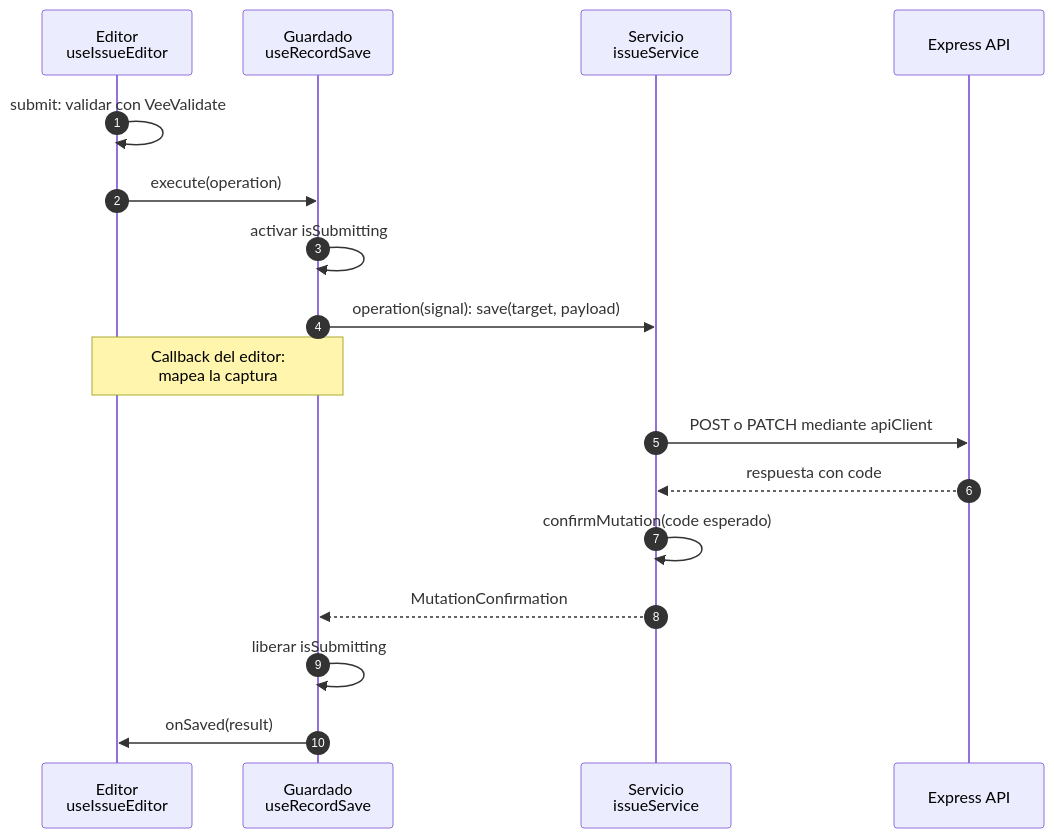
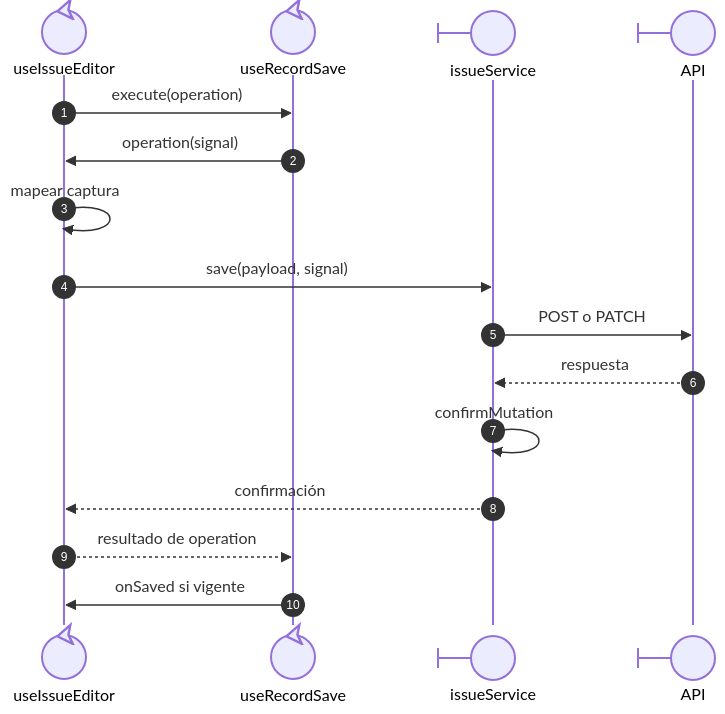
Before and after one commit to gpgsistemas01/nexus: the second of 3 diagrams in front/docs/architecture/views/development/design-and-construction-patterns/08-document-responsibilities.md, drawn with Mermaid. The commit also changed other lines of this file and 227 other files, not shown here.

````diff
--- a/front/docs/architecture/views/development/design-and-construction-patterns/08-document-responsibilities.md
+++ b/front/docs/architecture/views/development/design-and-construction-patterns/08-document-responsibilities.md
@@ -127,19 +100,18 @@
 ```mermaid
 sequenceDiagram
     autonumber
-    participant E as Editor<br/>useIssueEditor
-    participant G as Guardado<br/>useRecordSave
-    participant S as Servicio<br/>issueService
-    participant A as Express API
-    E->>E: submit: validar con VeeValidate
+    participant E@{ "type": "control" } as useIssueEditor
+    participant G@{ "type": "control" } as useRecordSave
+    participant S@{ "type": "boundary" } as issueService
+    participant A@{ "type": "boundary" } as API
     E->>G: execute(operation)
-    G->>G: activar isSubmitting
-    G->>S: operation(signal): save(target, payload)
-    Note over E,G: Callback del editor:<br/>mapea la captura
-    S->>A: POST o PATCH mediante apiClient
-    A-->>S: respuesta con code
-    S->>S: confirmMutation(code esperado)
-    S-->>G: MutationConfirmation
-    G->>G: liberar isSubmitting
-    G->>E: onSaved(result)
+    G->>E: operation(signal)
+    E->>E: mapear captura
+    E->>S: save(payload, signal)
+    S->>A: POST o PATCH
+    A-->>S: respuesta
+    S->>S: confirmMutation
+    S-->>E: confirmación
+    E-->>G: resultado de operation
+    G->>E: onSaved si vigente
 ```
````
